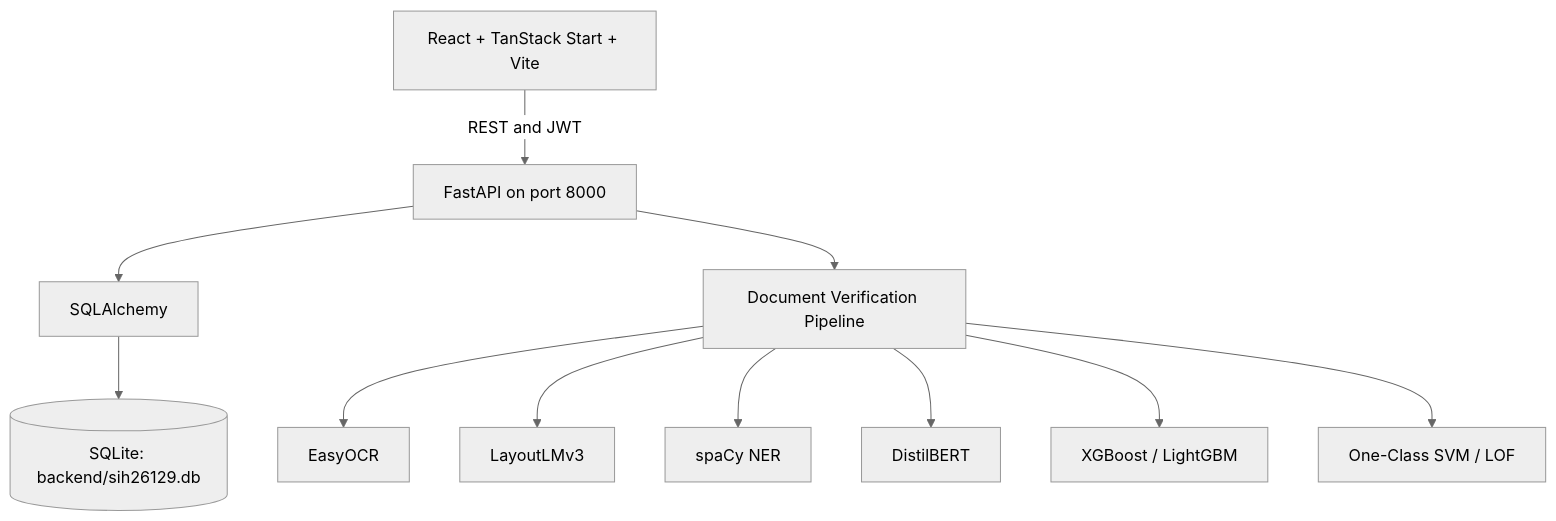
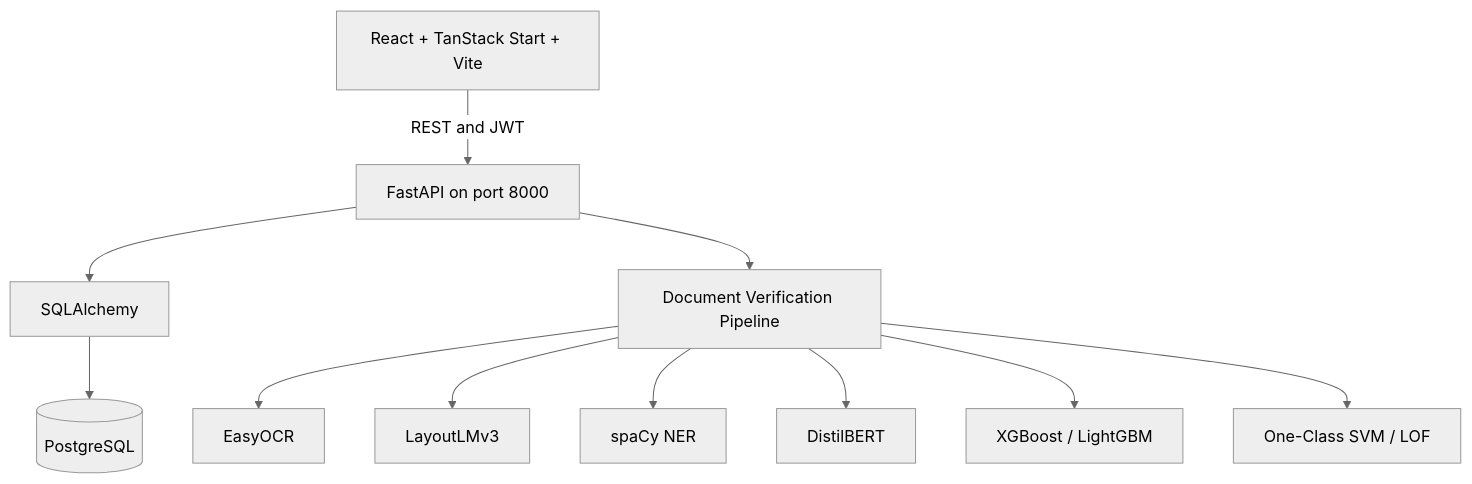
One commit to Puru-29/SIH_Proj.-129 changed the diagram in README.md. Above: the diagram before and after it, drawn with Mermaid (neutral theme). The commit also changed other lines of this file and 112 other files, not shown here.

````diff
--- a/README.md
+++ b/README.md
@@ -68,13 +68,13 @@
 ```mermaid
 graph TD
     UI[React + TanStack Start + Vite] -->|REST and JWT| API[FastAPI on port 8000]
     API --> ORM[SQLAlchemy]
-    ORM --> DB[(SQLite: backend/sih26129.db)]
+    ORM --> DB[(PostgreSQL)]
     API --> AI[Document Verification Pipeline]
     AI --> OCR[EasyOCR]
     AI --> LAYOUT[LayoutLMv3]
     AI --> NER[spaCy NER]
     AI --> NLP[DistilBERT]
     AI --> RISK[XGBoost / LightGBM]
     AI --> ANOMALY[One-Class SVM / LOF]
 ```
````
